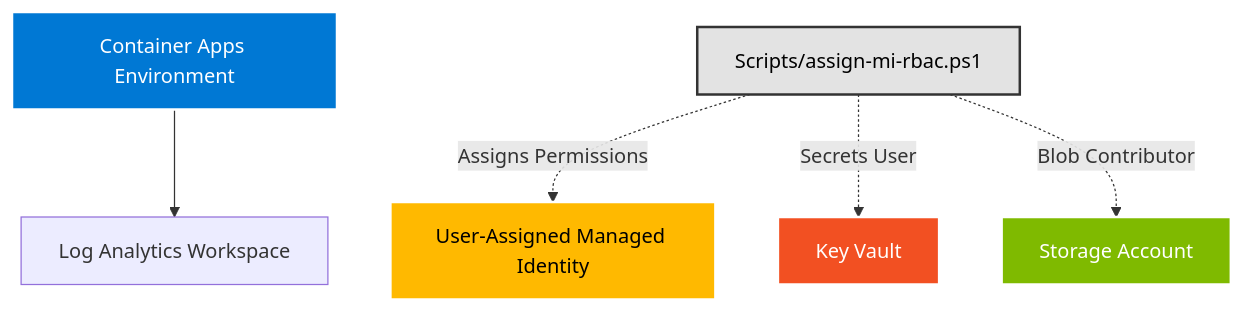
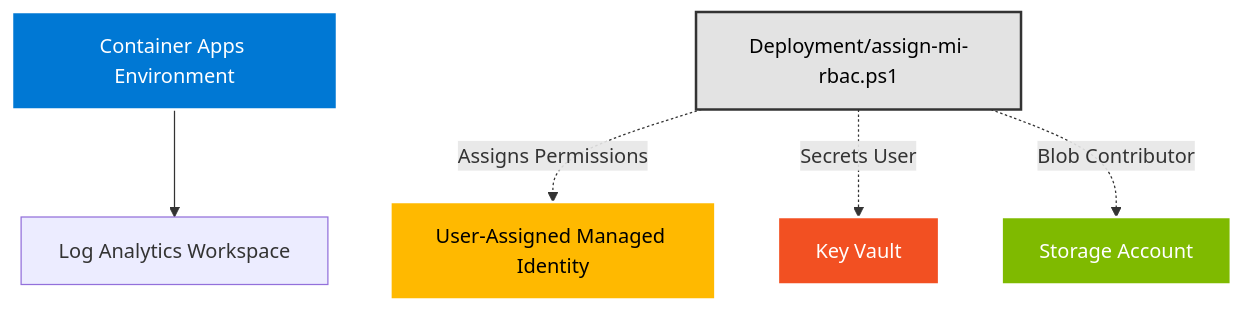
The diagram in Deployment/README.md (seekdavidlee/eklee-keyvault), drawn with Mermaid before and after one commit. The commit also changed other lines of this file and 42 other files, not shown here.

````diff
--- a/Deployment/README.md
+++ b/Deployment/README.md
@@ -20,16 +20,16 @@
 ```mermaid
 graph TB
     A[Container Apps Environment] --> F[Log Analytics Workspace]
     B[User-Assigned Managed Identity] 
     C[Key Vault]
     D[Storage Account]
-    G[Scripts/assign-mi-rbac.ps1] -.Assigns Permissions.-> B
+    G[Deployment/assign-mi-rbac.ps1] -.Assigns Permissions.-> B
     G -.Secrets User.-> C
     G -.Blob Contributor.-> D
     
     style A fill:#0078d4,stroke:#fff,stroke-width:2px,color:#fff
     style B fill:#ffb900,stroke:#fff,stroke-width:2px,color:#000
     style C fill:#f25022,stroke:#fff,stroke-width:2px,color:#fff
     style D fill:#7fba00,stroke:#fff,stroke-width:2px,color:#fff
     style G fill:#e3e3e3,stroke:#333,stroke-width:2px,color:#000
 ```
````
